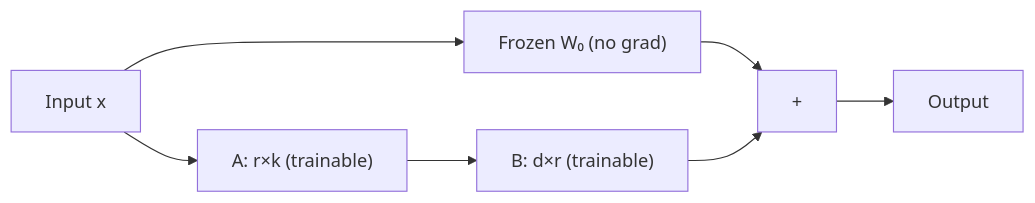
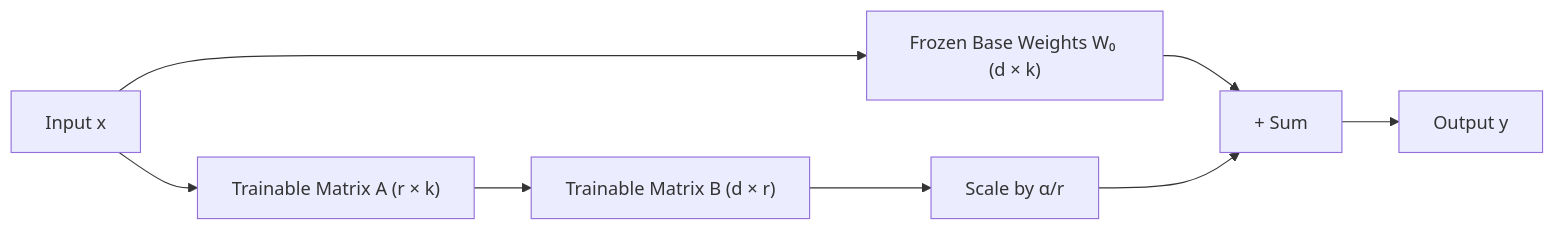
Before and after one commit to 1345AbhishekKumar/cs-cookbook: the ninth of 9 diagrams in content/docs/ai-agents/agentic-ai/04-llm-training-and-peft.mdx, drawn with Mermaid. The commit also changed other lines of this file and 299 other files, not shown here.

````diff
--- a/content/docs/ai-agents/agentic-ai/04-llm-training-and-peft.mdx
+++ b/content/docs/ai-agents/agentic-ai/04-llm-training-and-peft.mdx
@@ -147,9 +251,10 @@
 ```mermaid
 flowchart LR
-    X["Input x"] --> W0["Frozen W₀ (no grad)"]
-    X --> A["A: r×k (trainable)"]
-    A --> Bp["B: d×r (trainable)"]
-    W0 --> Add["+"]
-    Bp --> Add
-    Add --> Y["Output"]
+    X["Input x"] --> Frozen["Frozen Base Weights W₀ (d × k)"]
+    X --> MatA["Trainable Matrix A (r × k)"]
+    MatA --> MatB["Trainable Matrix B (d × r)"]
+    MatB --> Scale["Scale by α/r"]
+    Frozen --> Sum["+ Sum"]
+    Scale --> Sum
+    Sum --> Out["Output y"]
 ```
````
